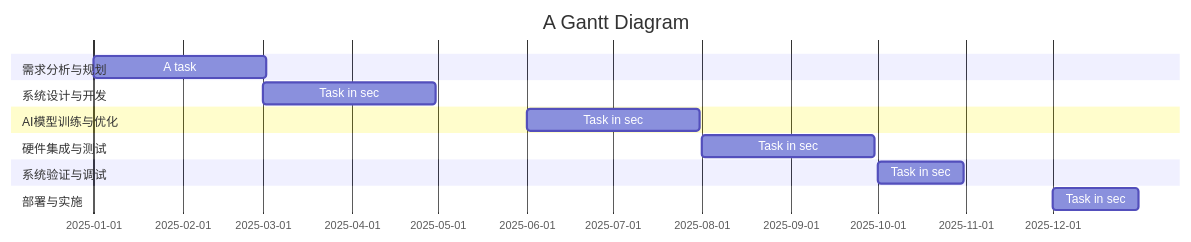
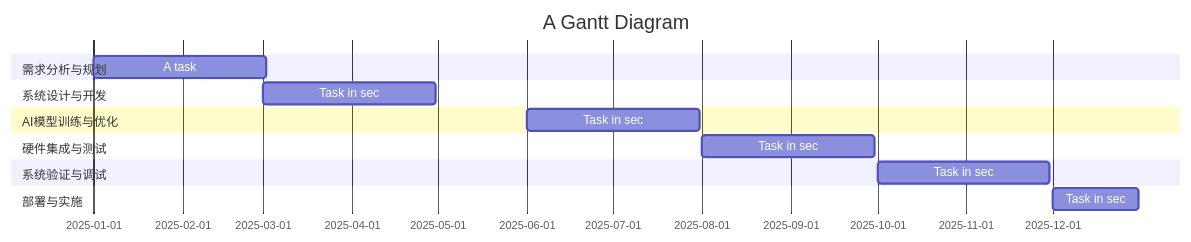
One commit to libobo6/iodraw-files changed the diagram in all/代码甘特图.md. Above: the diagram before and after it, drawn with Mermaid.

Commit message:
2025-01-14 10:56:50 update

````diff
--- a/all/代码甘特图.md
+++ b/all/代码甘特图.md
@@ -1,17 +1,17 @@
 ```mermaid
 gantt
     title A Gantt Diagram
     dateFormat  YYYY-MM-DD
     section 需求分析与规划
     A task           :2025-01-01, 60d
     section 系统设计与开发
     Task in sec      :2025-03-01, 60d
     section AI模型训练与优化
     Task in sec      :2025-06-01  , 60d
     section 硬件集成与测试
     Task in sec      :2025-08-01  , 60d
     section 系统验证与调试
-    Task in sec      :2025-10-01  , 30d
+    Task in sec      :2025-10-01  , 60d
     section 部署与实施
     Task in sec      :2025-12-01  , 30d
 ```
````
